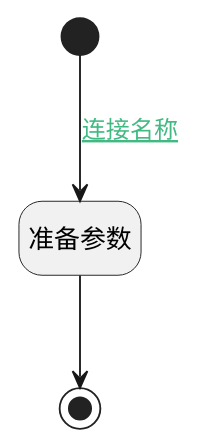
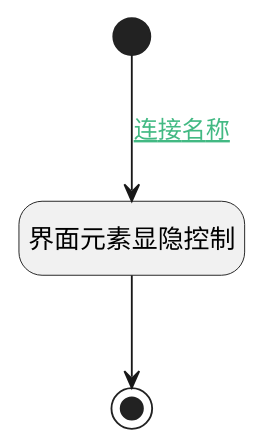
Before and after one commit to iBizLab/plm: the diagram in doc/docsify/module/ProdMgmt/ticket/uilogic/archived_or_deleted_visible.md, drawn with PlantUML. The commit also changed other lines of this file and 618 other files, not shown here.

````diff
--- a/doc/docsify/module/ProdMgmt/ticket/uilogic/archived_or_deleted_visible.md
+++ b/doc/docsify/module/ProdMgmt/ticket/uilogic/archived_or_deleted_visible.md
@@ -7,21 +7,21 @@
 ```plantuml
 @startuml
 hide footbox
 <style>
 root {
   HyperlinkColor #42b983
 }
 </style>
 
 hide empty description
 state "开始" as Begin <<start>> [[$./archived_or_deleted_visible#begin {开始}]]
-state "准备参数" as PREPAREJSPARAM1  [[$./archived_or_deleted_visible#preparejsparam1 {准备参数}]]
+state "界面元素显隐控制" as PREPAREJSPARAM1  [[$./archived_or_deleted_visible#preparejsparam1 {界面元素显隐控制}]]
 state "结束" as END1 <<end>> [[$./archived_or_deleted_visible#end1 {结束}]]
 
 
 Begin --> PREPAREJSPARAM1 : [[$./archived_or_deleted_visible#begin-preparejsparam1{连接名称} 连接名称]]
 PREPAREJSPARAM1 --> END1
 
 
 @enduml
 ```
````
